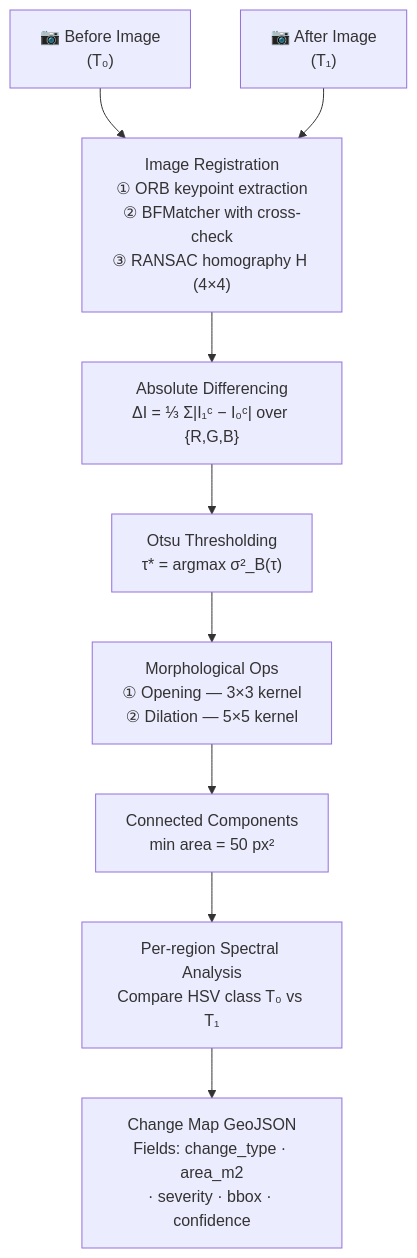
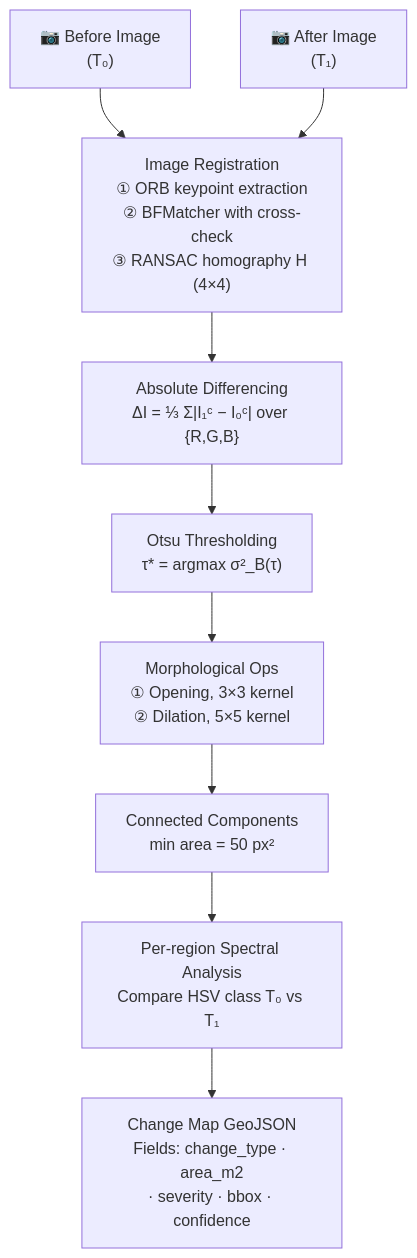
One commit to tejassinghbhati/AISAMS changed the fourth of 4 diagrams in README.md. Above: the diagram before and after it, drawn with Mermaid. The commit also changed other lines of this file, not shown here.

Commit message:
docs: rewrite README as scientific technical document with Mermaid diagrams

````diff
--- a/README.md
+++ b/README.md
@@ -202,14 +202,14 @@
 ```mermaid
 flowchart TD
     B1["📷 Before Image\n(T₀)"] --> REG
     A1["📷 After Image\n(T₁)"] --> REG
 
     REG["Image Registration\n① ORB keypoint extraction\n② BFMatcher with cross-check\n③ RANSAC homography H (4×4)"]
 
     REG --> DIFF["Absolute Differencing\nΔI = ⅓ Σ|I₁ᶜ − I₀ᶜ| over {R,G,B}"]
     DIFF --> THRESH["Otsu Thresholding\nτ* = argmax σ²_B(τ)"]
-    THRESH --> MORPH["Morphological Ops\n① Opening — 3×3 kernel\n② Dilation — 5×5 kernel"]
+    THRESH --> MORPH["Morphological Ops\n① Opening, 3×3 kernel\n② Dilation, 5×5 kernel"]
     MORPH --> CC["Connected Components\nmin area = 50 px²"]
     CC --> SPEC2["Per-region Spectral Analysis\nCompare HSV class T₀ vs T₁"]
     SPEC2 --> OUT2["Change Map GeoJSON\nFields: change_type · area_m2\n· severity · bbox · confidence"]
 ```
````
